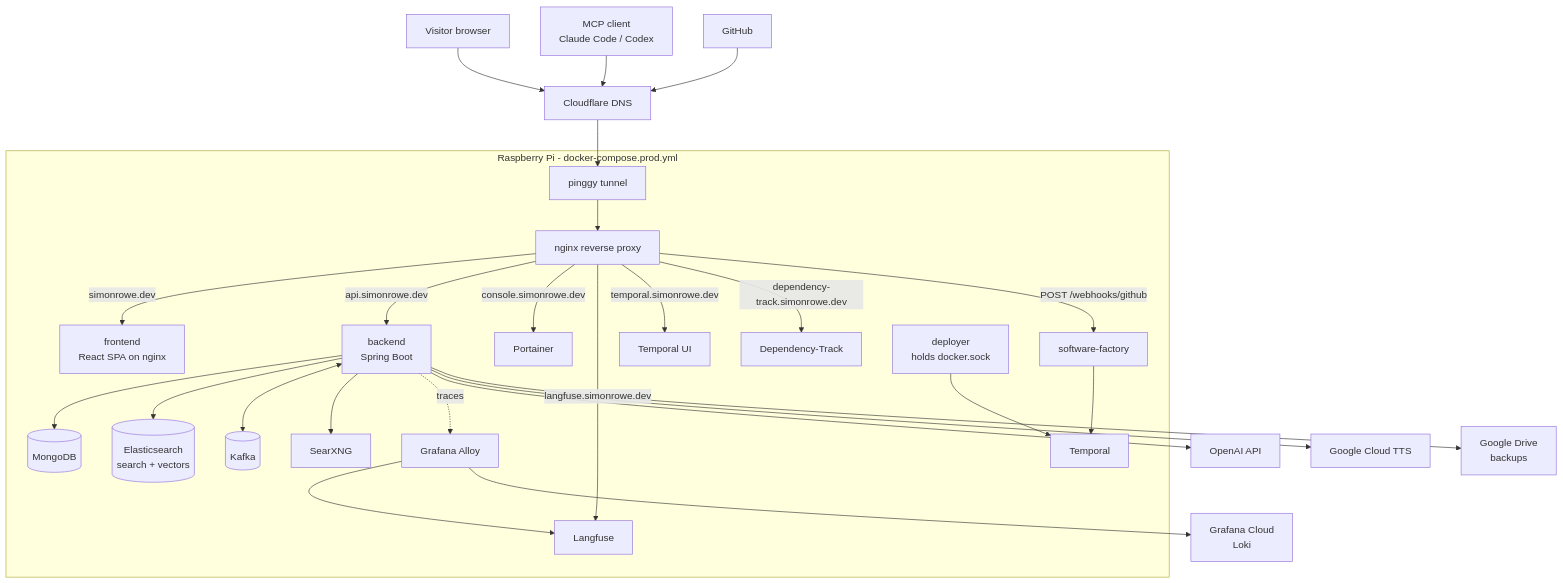
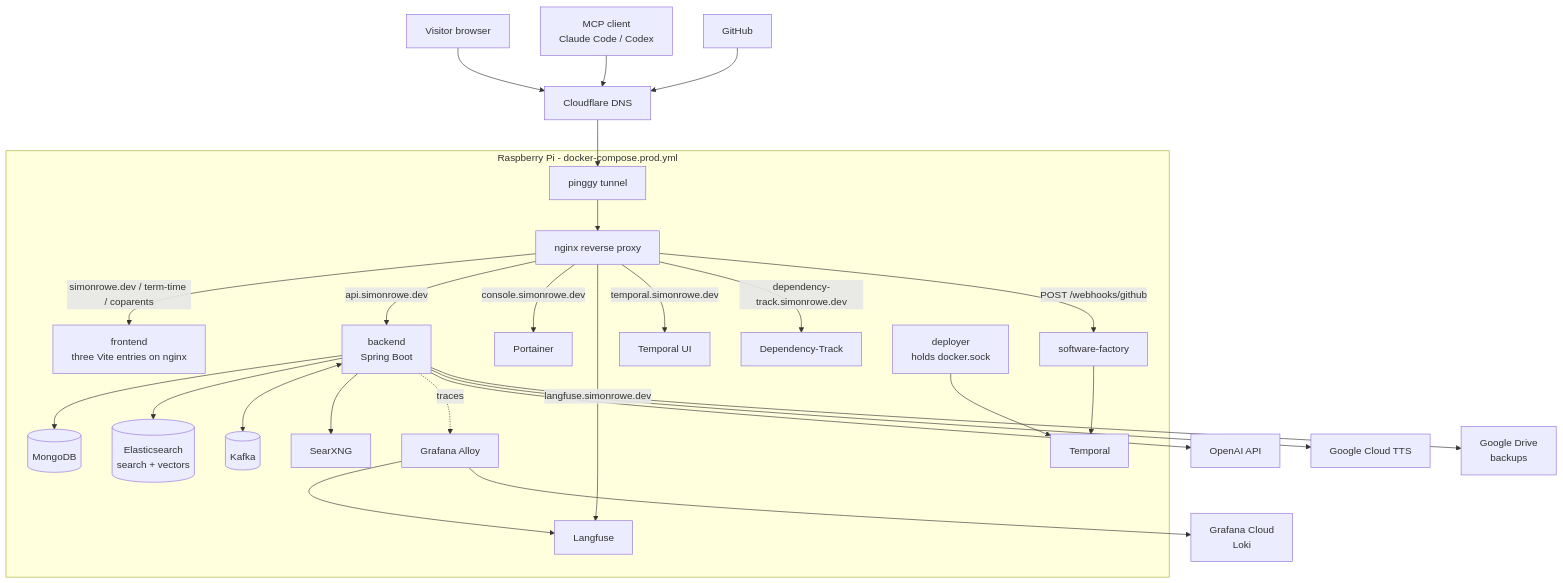
One commit to simonjamesrowe/simonrowe-dev-monorepo changed the first of 2 diagrams in docs/architecture.md. Above: the diagram before and after it, drawn with Mermaid. The commit also changed other lines of this file and 202 other files, not shown here.

````diff
--- a/docs/architecture.md
+++ b/docs/architecture.md
@@ -12,43 +12,43 @@
 ```mermaid
 flowchart TB
     visitor[Visitor browser]
     agentclient[MCP client<br/>Claude Code / Codex]
     gh[GitHub]
     cf[Cloudflare DNS]
 
     visitor --> cf
     agentclient --> cf
     gh --> cf
 
     subgraph pi [Raspberry Pi - docker-compose.prod.yml]
         tunnel[pinggy tunnel]
         nginx[nginx reverse proxy]
         tunnel --> nginx
 
-        nginx -->|simonrowe.dev| fe[frontend<br/>React SPA on nginx]
+        nginx -->|simonrowe.dev / term-time / coparents| fe[frontend<br/>three Vite entries on nginx]
         nginx -->|api.simonrowe.dev| be[backend<br/>Spring Boot]
         nginx -->|console.simonrowe.dev| portainer[Portainer]
         nginx -->|langfuse.simonrowe.dev| lf[Langfuse]
         nginx -->|temporal.simonrowe.dev| tui[Temporal UI]
         nginx -->|dependency-track.simonrowe.dev| dt[Dependency-Track]
         nginx -->|POST /webhooks/github| sf[software-factory]
 
         be --> mongo[(MongoDB)]
         be --> es[(Elasticsearch<br/>search + vectors)]
         be <--> kafka[(Kafka)]
         be --> searx[SearXNG]
 
         sf --> temporal[Temporal]
         deployer[deployer<br/>holds docker.sock] --> temporal
 
         alloy[Grafana Alloy]
         be -.traces.-> alloy
         alloy --> lf
     end
 
     cf --> tunnel
     be --> openai[OpenAI API]
     be --> gtts[Google Cloud TTS]
     be --> gdrive[Google Drive<br/>backups]
     alloy --> grafana[Grafana Cloud<br/>Loki]
 ```
````
